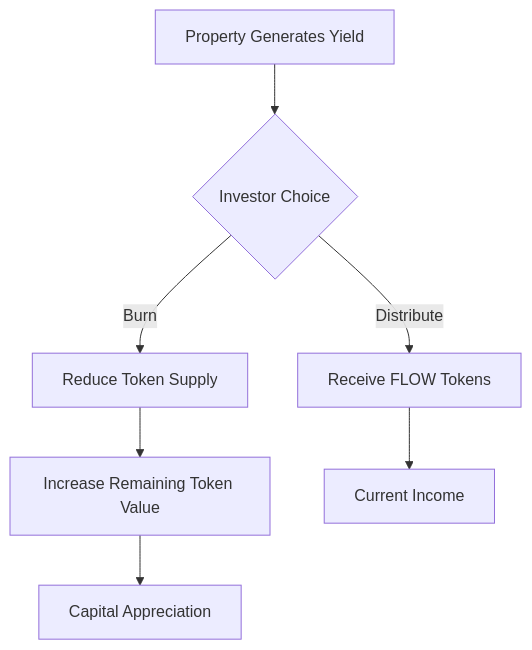
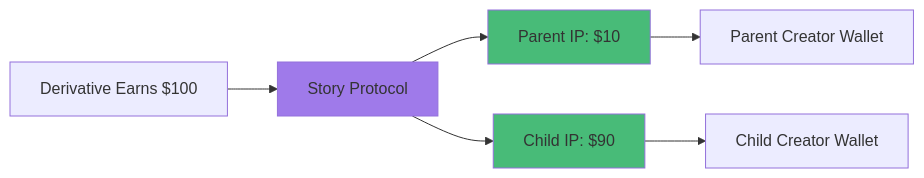
One commit to 18Abhinav07/Orion changed the fifth of 10 diagrams in README.md. Above: the diagram before and after it, drawn with Mermaid. The commit also changed other lines of this file, not shown here.

````diff
--- a/README.md
+++ b/README.md
@@ -347,9 +181,12 @@
 ```mermaid
-graph TD
-    A[Property Generates Yield] --> B{Investor Choice}
-    B -->|Distribute| C[Receive FLOW Tokens]
-    B -->|Burn| D[Reduce Token Supply]
-    D --> E[Increase Remaining Token Value]
-    C --> F[Current Income]
-    E --> G[Capital Appreciation]
+graph LR
+    A[Derivative Earns $100] --> B[Story Protocol]
+    B --> C[Parent IP: $10]
+    B --> D[Child IP: $90]
+    C --> E[Parent Creator Wallet]
+    D --> F[Child Creator Wallet]
+
+    style B fill:#9f7aea
+    style C fill:#48bb78
+    style D fill:#48bb78
 ```
````
